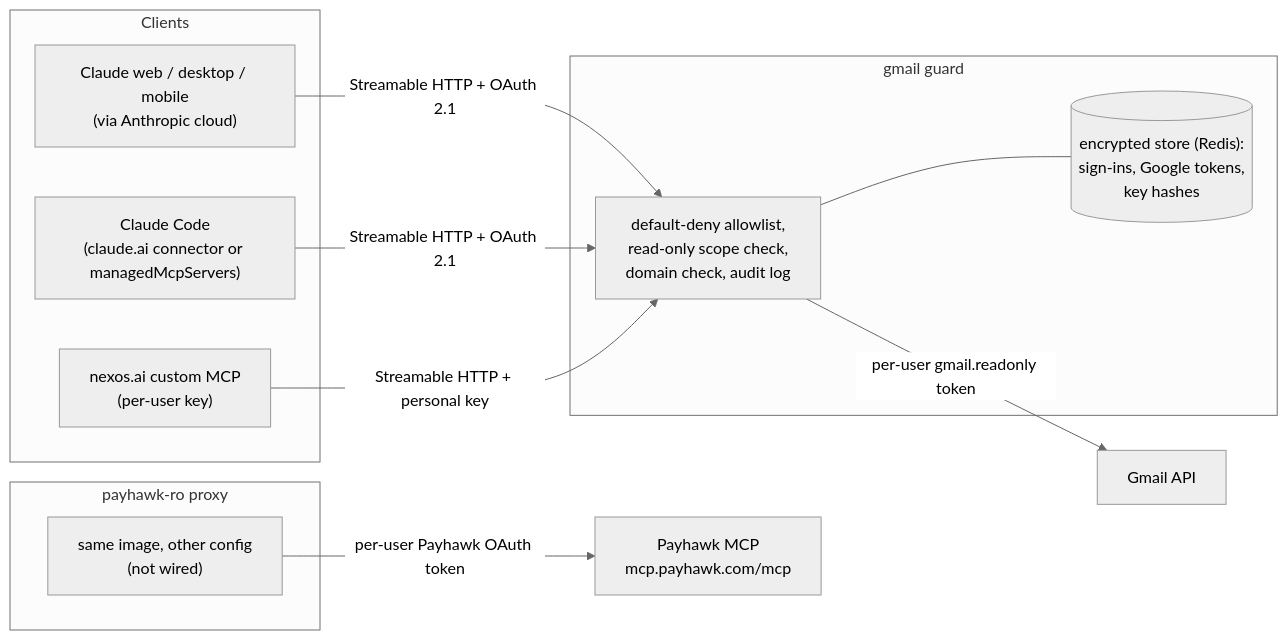
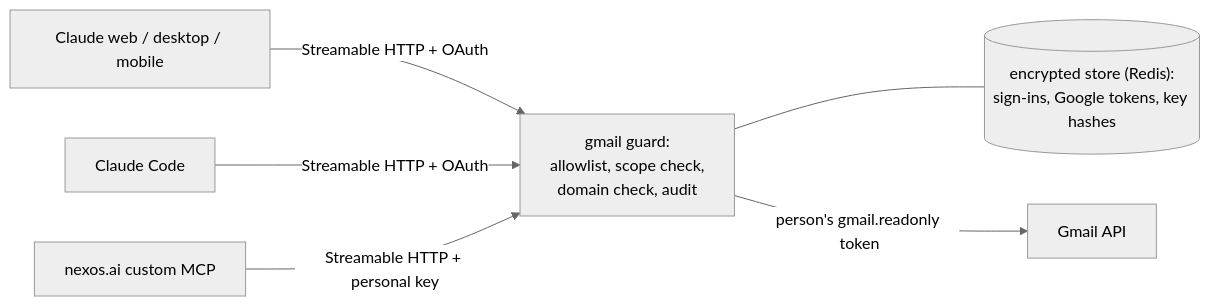
The first of 2 diagrams in docs/proxy-design.md (rokasce/mcp-readonly-proxies), drawn with Mermaid (neutral theme) before and after one commit. The commit also changed other lines of this file and 38 other files, not shown here.

Commit message:
Make the docs short and easy to read: rewrite README, DEPLOY, findings, design, reference docs and runbooks (about 29k to 13k words); merge the open and stakeholder questions into docs/questions.md for leadership; fold the nexos runbook into nexos-setup; drop unused screenshots

````diff
--- a/docs/proxy-design.md
+++ b/docs/proxy-design.md
@@ -46,25 +33,8 @@
 ```mermaid
 flowchart LR
-  subgraph Clients
-    CW["Claude web / desktop / mobile<br/>(via Anthropic cloud)"]
-    CC["Claude Code<br/>(claude.ai connector or managedMcpServers)"]
-    NX["nexos.ai custom MCP<br/>(per-user key)"]
-  end
-
-  subgraph GP["gmail guard"]
-    GPC["default-deny allowlist,<br/>read-only scope check,<br/>domain check, audit log"]
-    GTS[("encrypted store (Redis):<br/>sign-ins, Google tokens,<br/>key hashes")]
-  end
-
-  subgraph PP["payhawk-ro proxy"]
-    PPC["same image, other config<br/>(not wired)"]
-  end
-
-  CW -- "Streamable HTTP + OAuth 2.1" --> GPC
-  CC -- "Streamable HTTP + OAuth 2.1" --> GPC
-  NX -- "Streamable HTTP + personal key" --> GPC
-  GPC --- GTS
-  GPC -- "per-user gmail.readonly token" --> GAPI["Gmail API"]
-
-  PPC -- "per-user Payhawk OAuth token" --> PMCP["Payhawk MCP<br/>mcp.payhawk.com/mcp"]
+  CW["Claude web / desktop / mobile"] -- "Streamable HTTP + OAuth" --> G
+  CC["Claude Code"] -- "Streamable HTTP + OAuth" --> G
+  NX["nexos.ai custom MCP"] -- "Streamable HTTP + personal key" --> G
+  G["gmail guard:<br/>allowlist, scope check,<br/>domain check, audit"] --- S[("encrypted store (Redis):<br/>sign-ins, Google tokens, key hashes")]
+  G -- "person's gmail.readonly token" --> API["Gmail API"]
 ```
````
